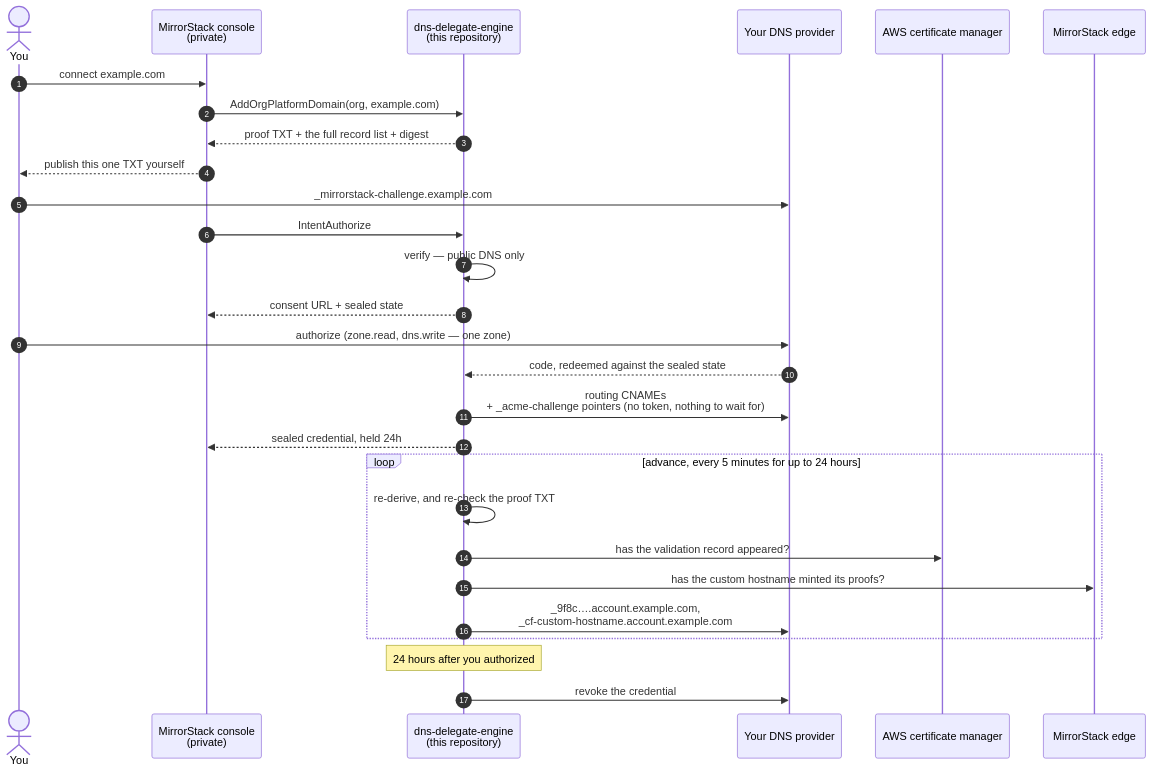
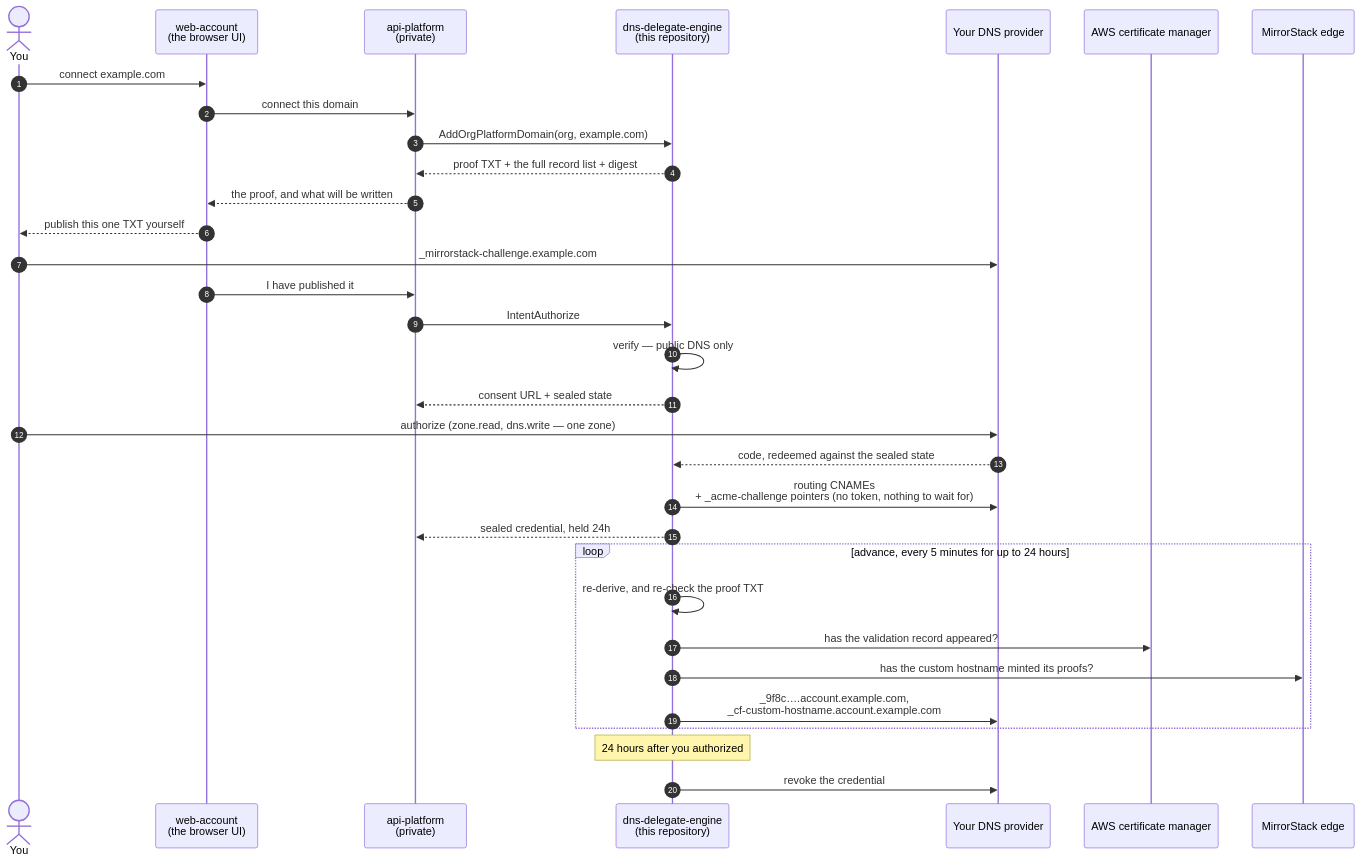
Before and after one commit to mirrorstack-ai/dns-delegate-engine: the first of 4 diagrams in README.md, drawn with Mermaid. The commit also changed other lines of this file, not shown here.

First line of the commit message:
docs: name the two halves the console actually is

````diff
--- a/README.md
+++ b/README.md
@@ -221,35 +221,39 @@
 ```mermaid
 sequenceDiagram
     autonumber
     actor You
-    participant Console as MirrorStack console<br/>(private)
+    participant Web as web-account<br/>(the browser UI)
+    participant API as api-platform<br/>(private)
     participant Engine as dns-delegate-engine<br/>(this repository)
     participant CF as Your DNS provider
     participant ACM as AWS certificate manager
     participant Edge as MirrorStack edge
 
-    You->>Console: connect example.com
-    Console->>Engine: AddOrgPlatformDomain(org, example.com)
-    Engine-->>Console: proof TXT + the full record list + digest
-    Console-->>You: publish this one TXT yourself
+    You->>Web: connect example.com
+    Web->>API: connect this domain
+    API->>Engine: AddOrgPlatformDomain(org, example.com)
+    Engine-->>API: proof TXT + the full record list + digest
+    API-->>Web: the proof, and what will be written
+    Web-->>You: publish this one TXT yourself
 
     You->>CF: _mirrorstack-challenge.example.com
-    Console->>Engine: IntentAuthorize
+    Web->>API: I have published it
+    API->>Engine: IntentAuthorize
     Engine->>Engine: verify — public DNS only
-    Engine-->>Console: consent URL + sealed state
+    Engine-->>API: consent URL + sealed state
 
     You->>CF: authorize (zone.read, dns.write — one zone)
     CF-->>Engine: code, redeemed against the sealed state
     Engine->>CF: routing CNAMEs<br/>+ _acme-challenge pointers (no token, nothing to wait for)
-    Engine-->>Console: sealed credential, held 24h
+    Engine-->>API: sealed credential, held 24h
 
     loop advance, every 5 minutes for up to 24 hours
         Engine->>Engine: re-derive, and re-check the proof TXT
         Engine->>ACM: has the validation record appeared?
         Engine->>Edge: has the custom hostname minted its proofs?
         Engine->>CF: _9f8c….account.example.com,<br/>_cf-custom-hostname.account.example.com
     end
 
     Note over Engine: 24 hours after you authorized
     Engine->>CF: revoke the credential
 ```
````
